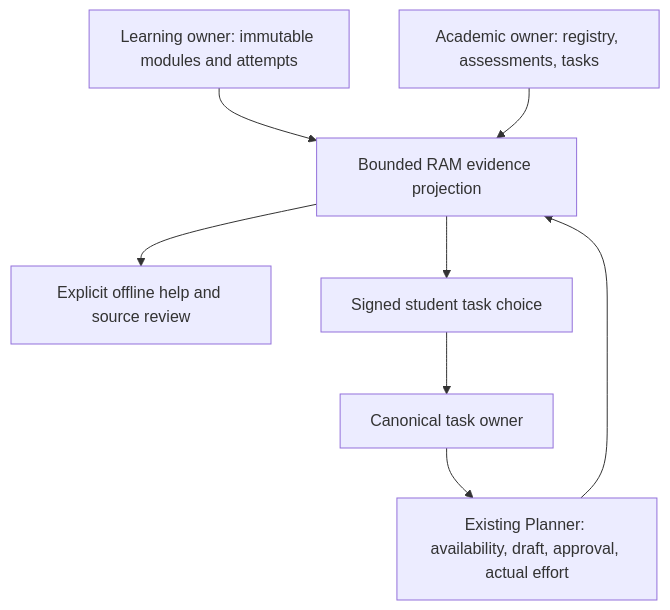
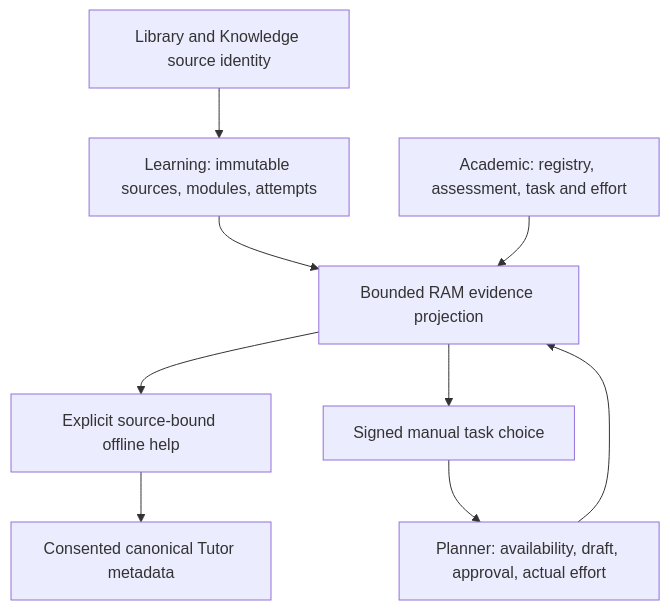
The diagram in docs/architecture/v2.4/IMPLEMENTATION.md (anandpriyadarsi/Personal--AI--Learning-Chatbot), drawn with Mermaid before and after one commit. The commit also changed other lines of this file and 38 other files, not shown here.

Commit message:
feat: complete reviewed learning, native practice and consented Tutor receipts

````diff
--- a/docs/architecture/v2.4/IMPLEMENTATION.md
+++ b/docs/architecture/v2.4/IMPLEMENTATION.md
@@ -7,10 +7,11 @@
 ```mermaid
 flowchart TD
-  L["Learning owner: immutable modules and attempts"] --> R["Bounded RAM evidence projection"]
-  A["Academic owner: registry, assessments, tasks"] --> R
-  R --> H["Explicit offline help and source review"]
-  R --> C["Signed student task choice"]
-  C --> T["Canonical task owner"]
-  T --> P["Existing Planner: availability, draft, approval, actual effort"]
-  P --> R
+  L["Learning: immutable sources, modules, attempts"] --> E["Bounded RAM evidence projection"]
+  A["Academic: registry, assessment, task and effort"] --> E
+  E --> H["Explicit source-bound offline help"]
+  H --> T["Consented canonical Tutor metadata"]
+  E --> C["Signed manual task choice"]
+  C --> P["Planner: availability, draft, approval, actual effort"]
+  P --> E
+  K["Library and Knowledge source identity"] --> L
 ```
````
